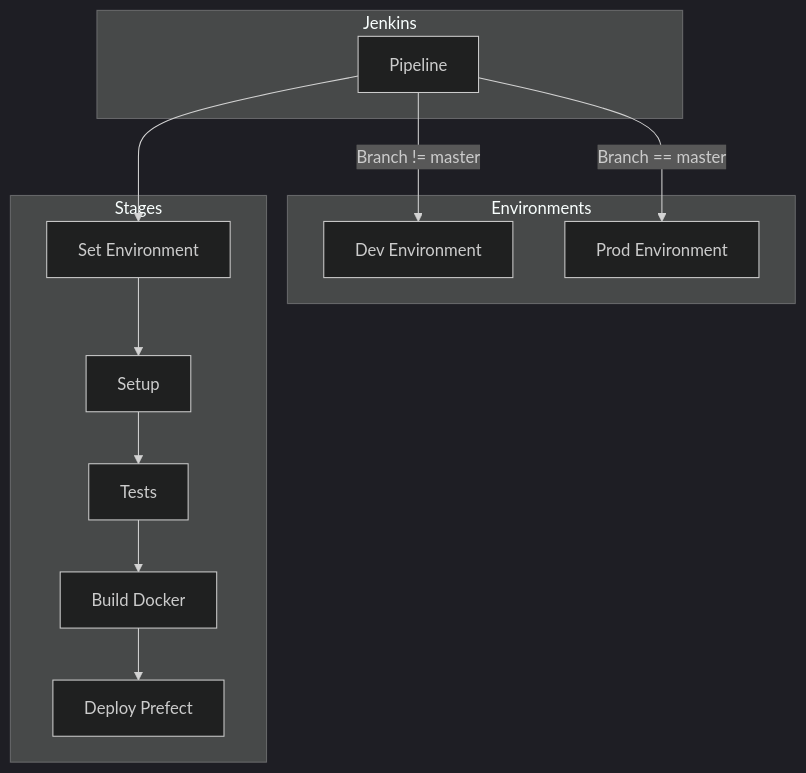
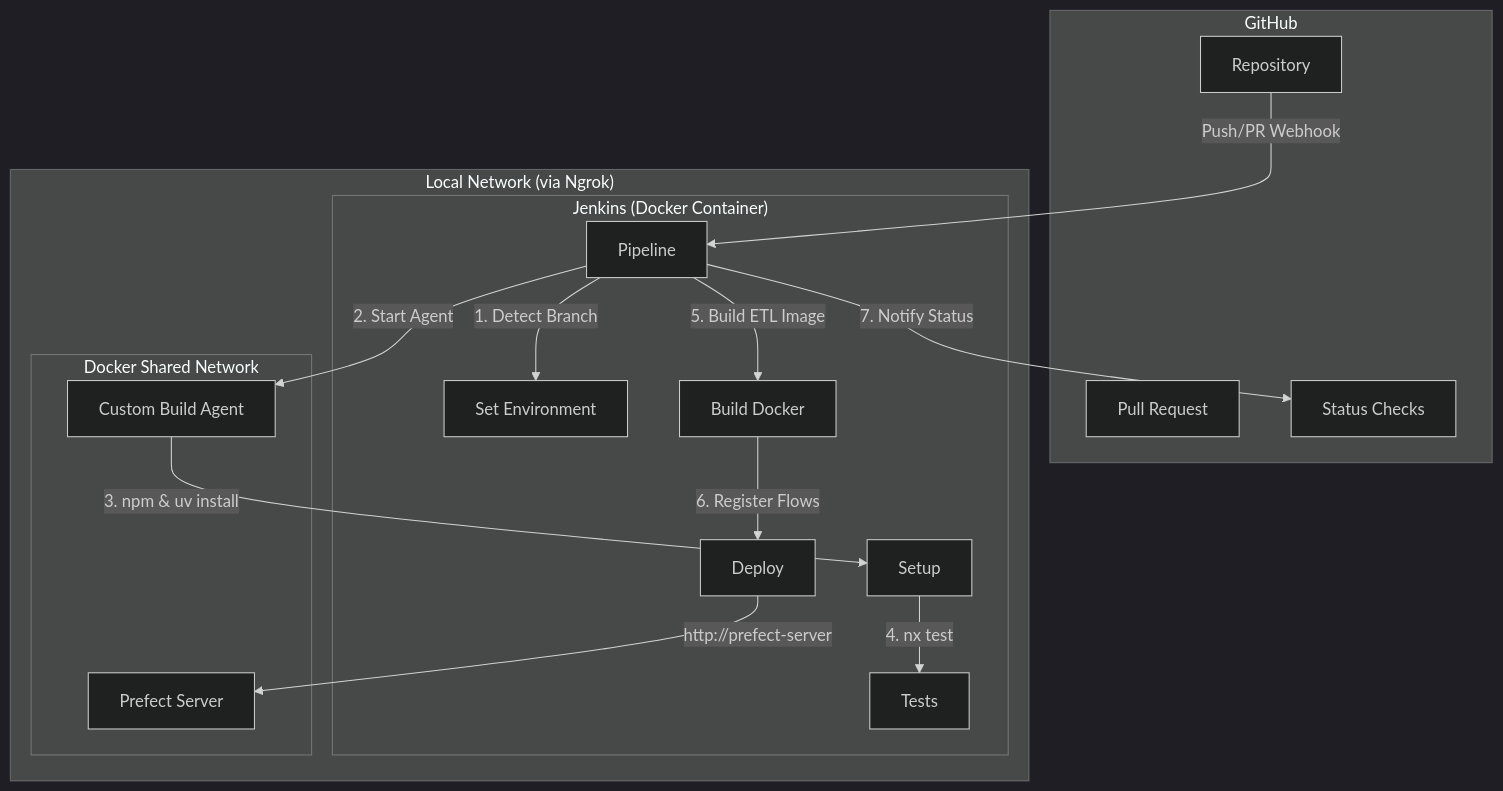
Before and after one commit to stavyos/enterprise-level-software: the diagram in pull_requests/PR-9.md, drawn with Mermaid (dark theme). The commit also changed 1 other file, not shown here.

Commit message:
docs: update Mermaid graphs to show full CI/CD automation loop

````diff
--- a/pull_requests/PR-9.md
+++ b/pull_requests/PR-9.md
@@ -29,26 +29,37 @@
 ```mermaid
 graph TD
-    subgraph Jenkins
-        P[Pipeline]
-    end
-    subgraph Environments
-        D[Dev Environment]
-        PR[Prod Environment]
-    end
-    P -- "Branch != master" --> D
-    P -- "Branch == master" --> PR
-
-    subgraph Stages
-        S1[Set Environment]
-        S2[Setup]
-        S3[Tests]
-        S4[Build Docker]
-        S5[Deploy Prefect]
+    subgraph GitHub
+        G[Repository]
+        PR[Pull Request]
+        CH[Status Checks]
     end
 
-    P --> S1
-    S1 --> S2
-    S2 --> S3
-    S3 --> S4
-    S4 --> S5
+    subgraph "Local Network (via Ngrok)"
+        subgraph "Jenkins (Docker Container)"
+            JK[Pipeline]
+            SC[Set Environment]
+            SP[Setup]
+            TS[Tests]
+            BL[Build Docker]
+            DP[Deploy]
+        end
+
+        subgraph "Docker Shared Network"
+            PS[Prefect Server]
+            AG[Custom Build Agent]
+        end
+    end
+
+    G -- "Push/PR Webhook" --> JK
+    JK -- "1. Detect Branch" --> SC
+
+    JK -- "2. Start Agent" --> AG
+    AG -- "3. npm & uv install" --> SP
+    SP -- "4. nx test" --> TS
+
+    JK -- "5. Build ETL Image" --> BL
+    BL -- "6. Register Flows" --> DP
+    DP -- "http://prefect-server" --> PS
+
+    JK -- "7. Notify Status" --> CH
 ```
````
